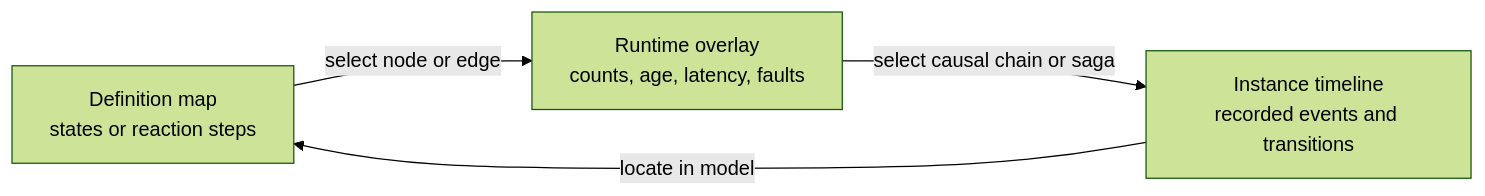
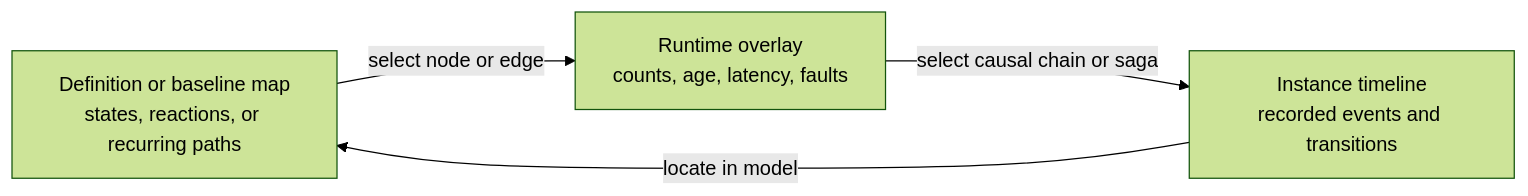
One commit to marinasundstrom/MyServiceBus changed the diagram in docs/runtime-monitoring.md. Above: the diagram before and after it, drawn with Mermaid (forest theme). The commit also changed other lines of this file and 3 other files, not shown here.

````diff
--- a/docs/runtime-monitoring.md
+++ b/docs/runtime-monitoring.md
@@ -97,6 +101,6 @@
 ```mermaid
 flowchart LR
-    Definition["Definition map\nstates or reaction steps"] -->|select node or edge| Runtime["Runtime overlay\ncounts, age, latency, faults"]
+    Model["Definition or baseline map\nstates, reactions, or recurring paths"] -->|select node or edge| Runtime["Runtime overlay\ncounts, age, latency, faults"]
     Runtime -->|select causal chain or saga| Timeline["Instance timeline\nrecorded events and transitions"]
-    Timeline -->|locate in model| Definition
+    Timeline -->|locate in model| Model
 ```
````
